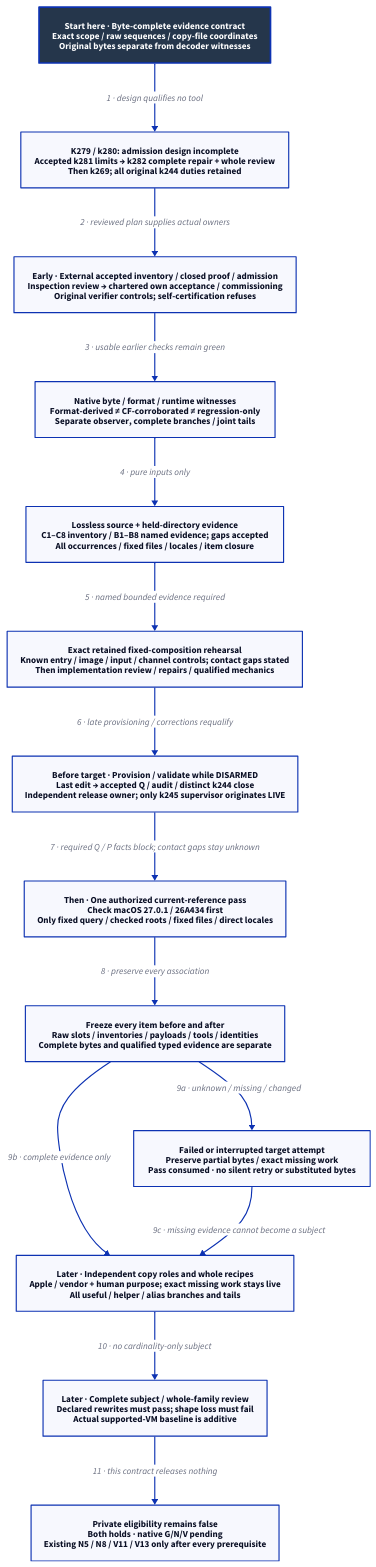
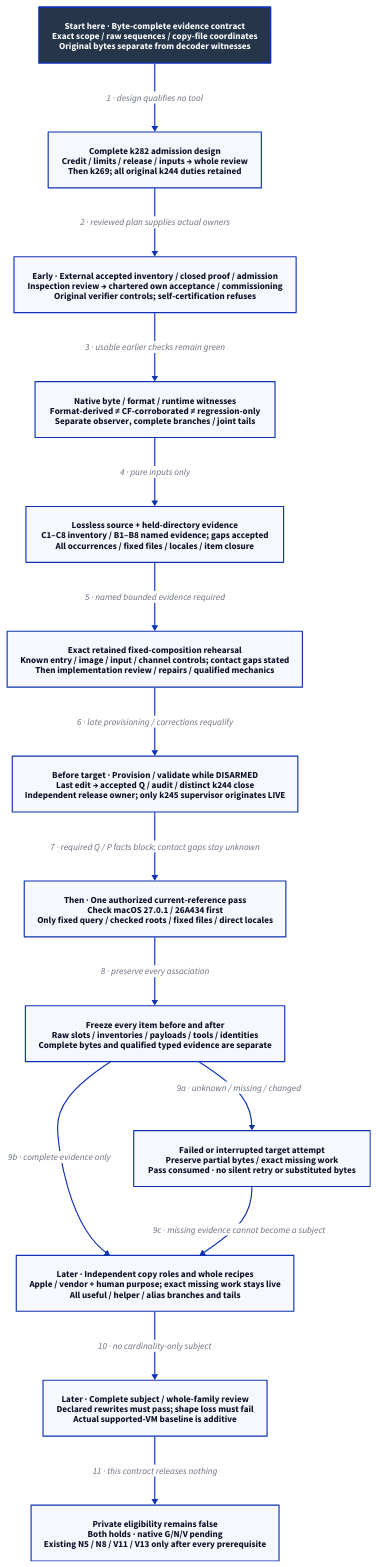
One commit to Linkuistics/Koine changed the diagram in docs/design/architecture/native-reference-evidence.d2. Above: the diagram before and after it, drawn with D2. The commit also changed 51 other files, not shown here.

Commit message:
Reconcile complete reference admission design (reference-evidence-admission-completion-k287, reference-evidence-admission-completion-k282)

```diff
--- a/docs/design/architecture/native-reference-evidence.d2
+++ b/docs/design/architecture/native-reference-evidence.d2
@@ -1,31 +1,31 @@
 # Admission repair design; mandatory review and replanning precede unbuilt qualification.
 direction: down
 classes: {
   start: {style: {fill: "#25364B"; font-color: "#FFFFFF"; bold: true; stroke-width: 3}}
 }
 Start: "Start here · Byte-complete evidence contract\nExact scope / raw sequences / copy-file coordinates\nOriginal bytes separate from decoder witnesses" {class: start}
-Plan: "K279 / k280: admission design incomplete\nAccepted k281 limits → k282 complete repair + whole review\nThen k269; all original k244 duties retained"
+Plan: "Complete k282 admission design\nCredit / limits / release / inputs → whole review\nThen k269; all original k244 duties retained"
 Replay: "Early · External accepted inventory / closed proof / admission\nInspection review → chartered own acceptance / commissioning\nOriginal verifier controls; self-certification refuses"
 Decode: "Native byte / format / runtime witnesses\nFormat-derived ≠ CF-corroborated ≠ regression-only\nSeparate observer, complete branches / joint tails"
 Source: "Lossless source + held-directory evidence\nC1–C8 inventory / B1–B8 named evidence; gaps accepted\nAll occurrences / fixed files / locales / item closure"
 Pure: "Exact retained fixed-composition rehearsal\nKnown entry / image / input / channel controls; contact gaps stated\nThen implementation review / repairs / qualified mechanics"
 Authority: "Before target · Provision / validate while DISARMED\nLast edit → accepted Q / audit / distinct k244 close\nIndependent release owner; only k245 supervisor originates LIVE"
 Pass: "Then · One authorized current-reference pass\nCheck macOS 27.0.1 / 26A434 first\nOnly fixed query / checked roots / fixed files / direct locales"
 Closure: "Freeze every item before and after\nRaw slots / inventories / payloads / tools / identities\nComplete bytes and qualified typed evidence are separate"
 Failed: "Failed or interrupted target attempt\nPreserve partial bytes / exact missing work\nPass consumed · no silent retry or substituted bytes"
 Roles: "Later · Independent copy roles and whole recipes\nApple / vendor + human purpose; exact missing work stays live\nAll useful / helper / alias branches and tails"
 Review: "Later · Complete subject / whole-family review\nDeclared rewrites must pass; shape loss must fail\nActual supported-VM baseline is additive"
 Hold: "Private eligibility remains false\nBoth holds · native G/N/V pending\nExisting N5 / N8 / V11 / V13 only after every prerequisite"
 Start -> Plan: "1 · design qualifies no tool"
 Plan -> Replay: "2 · reviewed plan supplies actual owners"
 Replay -> Decode: "3 · usable earlier checks remain green"
 Decode -> Source: "4 · pure inputs only"
 Source -> Pure: "5 · named bounded evidence required"
 Pure -> Authority: "6 · late provisioning / corrections requalify"
 Authority -> Pass: "7 · required Q / P facts block; contact gaps stay unknown"
 Pass -> Closure: "8 · preserve every association"
 Closure -> Failed: "9a · unknown / missing / changed"
 Closure -> Roles: "9b · complete evidence only"
 Failed -> Roles: "9c · missing evidence cannot become a subject"
 Roles -> Review: "10 · no cardinality-only subject"
 Review -> Hold: "11 · this contract releases nothing"
```
